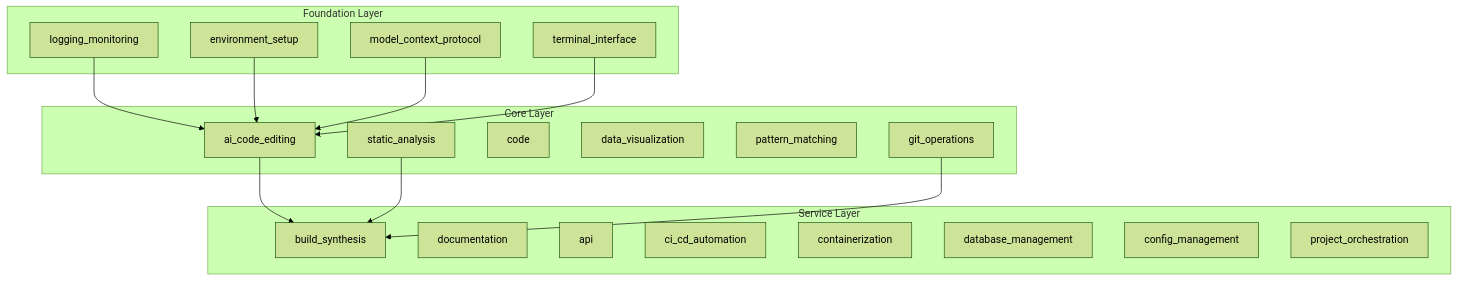
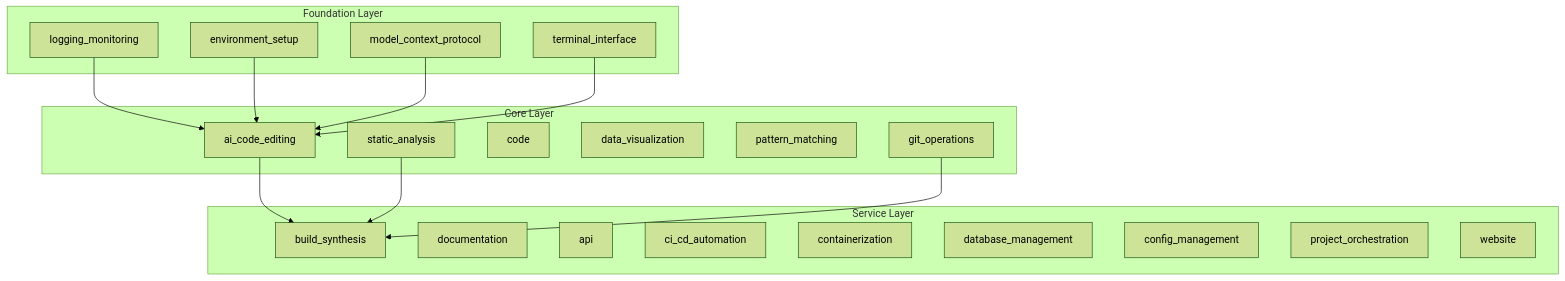
Before and after one commit to docxology/codomyrmex: the diagram in src/codomyrmex/SPEC.md, drawn with Mermaid (forest theme). The commit also changed 768 other files, not shown here.

````diff
--- a/src/codomyrmex/SPEC.md
+++ b/src/codomyrmex/SPEC.md
@@ -49,37 +49,38 @@
 ```mermaid
 graph TD
     subgraph "Foundation Layer"
         Logging[logging_monitoring]
         Env[environment_setup]
         MCP[model_context_protocol]
         Terminal[terminal_interface]
     end
 
     subgraph "Core Layer"
         AI[ai_code_editing]
         Static[static_analysis]
         Code[code]
         Viz[data_visualization]
         Pattern[pattern_matching]
         Git[git_operations]
     end
 
     subgraph "Service Layer"
         Build[build_synthesis]
         Docs[documentation]
         API[api]
         CICD[ci_cd_automation]
         Container[containerization]
         DB[database_management]
         Config[config_management]
         Orchestration[project_orchestration]
+        Website[website]
     end
 
     Logging --> AI
     Env --> AI
     MCP --> AI
     Terminal --> AI
     AI --> Build
     Static --> Build
     Git --> Build
 ```
````
